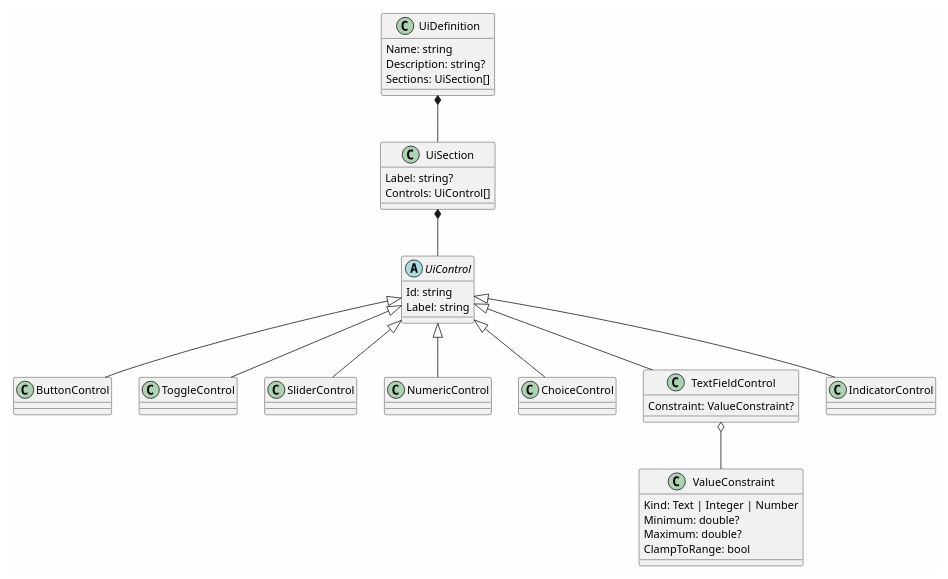
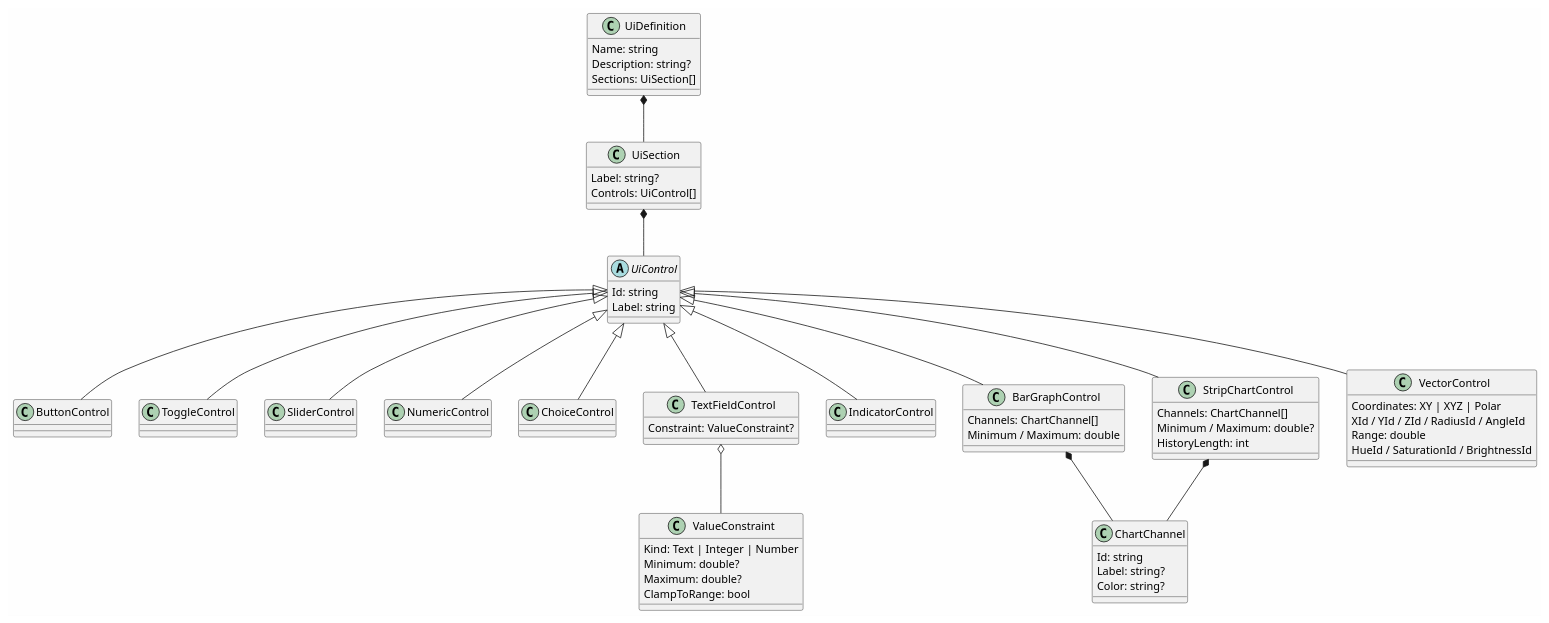
Before and after one commit to OutOfBandDevelopment/dev-term: the first of 2 diagrams in docs/design/ui-definitions.md, drawn with PlantUML. The commit also changed other lines of this file and 10 other files, not shown here.

Commit message:
Docs: manifest panels, chart controls, TUI sideways scrolling/Notes re-wrap, remembered sections

````diff
--- a/docs/design/ui-definitions.md
+++ b/docs/design/ui-definitions.md
@@ -80,45 +110,70 @@
 ```plantuml
 @startuml
 skinparam backgroundColor #FEFEFE
 
 class UiDefinition {
   Name: string
   Description: string?
   Sections: UiSection[]
 }
 class UiSection {
   Label: string?
   Controls: UiControl[]
 }
 abstract class UiControl {
   Id: string
   Label: string
 }
 class ButtonControl
 class ToggleControl
 class SliderControl
 class NumericControl
 class ChoiceControl
 class TextFieldControl {
   Constraint: ValueConstraint?
 }
 class IndicatorControl
+class BarGraphControl {
+  Channels: ChartChannel[]
+  Minimum / Maximum: double
+}
+class StripChartControl {
+  Channels: ChartChannel[]
+  Minimum / Maximum: double?
+  HistoryLength: int
+}
+class VectorControl {
+  Coordinates: XY | XYZ | Polar
+  XId / YId / ZId / RadiusId / AngleId
+  Range: double
+  HueId / SaturationId / BrightnessId
+}
+class ChartChannel {
+  Id: string
+  Label: string?
+  Color: string?
+}
 class ValueConstraint {
   Kind: Text | Integer | Number
   Minimum: double?
   Maximum: double?
   ClampToRange: bool
 }
 
 UiDefinition *-- UiSection
 UiSection *-- UiControl
 TextFieldControl o-- ValueConstraint
 UiControl <|-- ButtonControl
 UiControl <|-- ToggleControl
 UiControl <|-- SliderControl
 UiControl <|-- NumericControl
 UiControl <|-- ChoiceControl
 UiControl <|-- TextFieldControl
 UiControl <|-- IndicatorControl
+UiControl <|-- BarGraphControl
+UiControl <|-- StripChartControl
+UiControl <|-- VectorControl
+BarGraphControl *-- ChartChannel
+StripChartControl *-- ChartChannel
 @enduml
 ```
````
